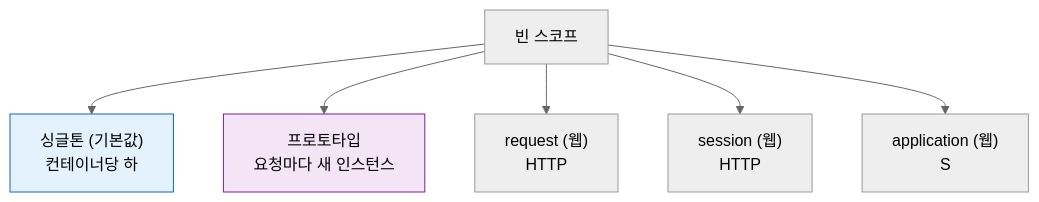
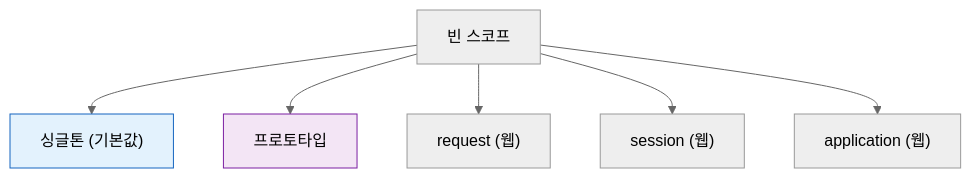
One commit to yjkim2015/yjkim2015.github.io changed the sixth of 6 diagrams in _posts/spring/2022-06-16-싱글톤 레지스트리와 오브젝트 스코프.md. Above: the diagram before and after it, drawn with Mermaid (neutral theme). The commit also changed other lines of this file and 217 other files, not shown here.

First line of the commit message:
Mermaid 크기 수정: useMaxWidth:true + SVG max-width:100% + 라벨 축소

````diff
--- a/_posts/spring/2022-06-16-싱글톤 레지스트리와 오브젝트 스코프.md
+++ b/_posts/spring/2022-06-16-싱글톤 레지스트리와 오브젝트 스코프.md
@@ -222,11 +222,11 @@
 ```mermaid
 graph TD
     SCOPE["빈 스코프"]
-    SCOPE --> SINGLETON["싱글톤 (기본값)\n컨테이너당 하"]
-    SCOPE --> PROTOTYPE["프로토타입\n요청마다 새 인스턴스"]
-    SCOPE --> REQUEST["request (웹)\nHTTP"]
-    SCOPE --> SESSION["session (웹)\nHTTP"]
-    SCOPE --> APP["application (웹)\nS"]
+    SCOPE --> SINGLETON["싱글톤 (기본값)"]
+    SCOPE --> PROTOTYPE["프로토타입"]
+    SCOPE --> REQUEST["request (웹)"]
+    SCOPE --> SESSION["session (웹)"]
+    SCOPE --> APP["application (웹)"]
     style SINGLETON fill:#e3f2fd,stroke:#1565c0
     style PROTOTYPE fill:#f3e5f5,stroke:#7b1fa2
 ```
````
